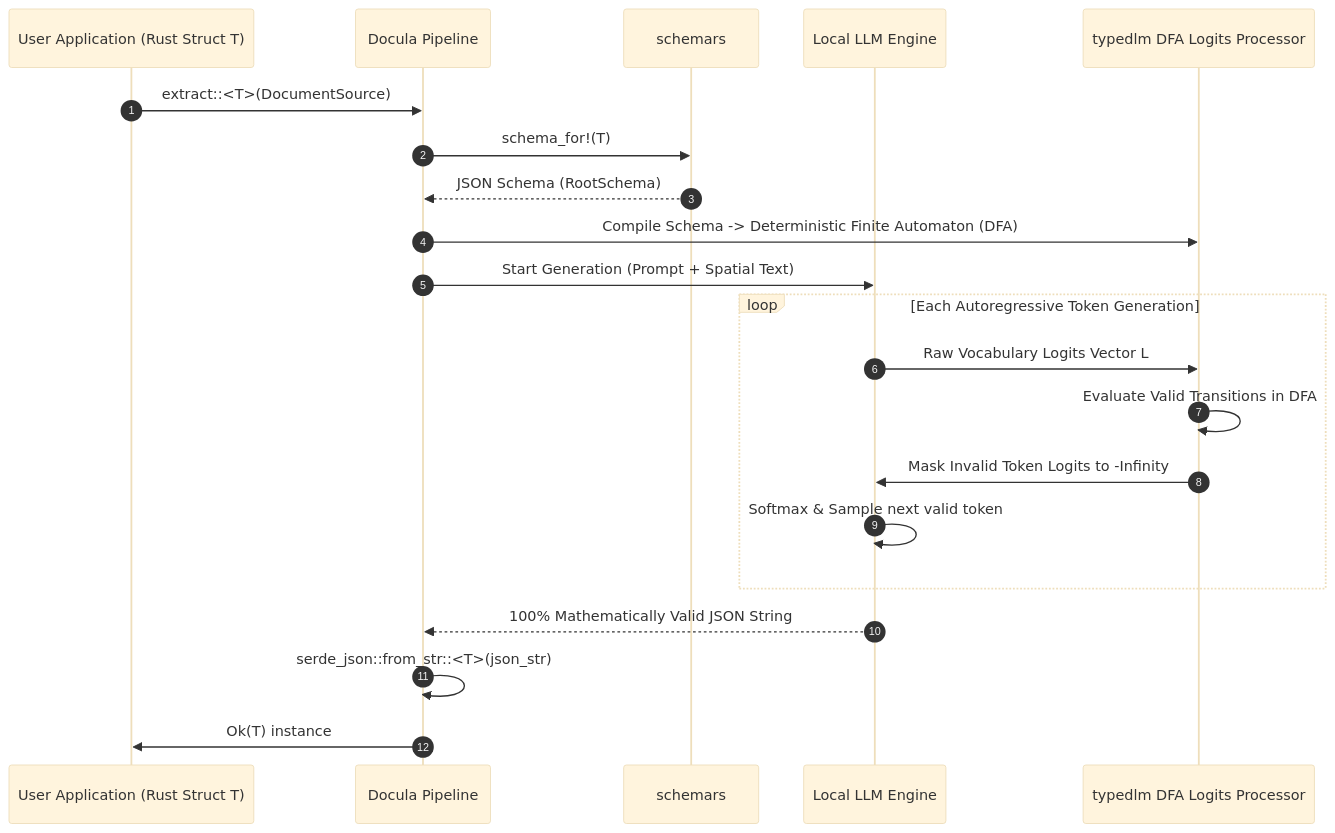
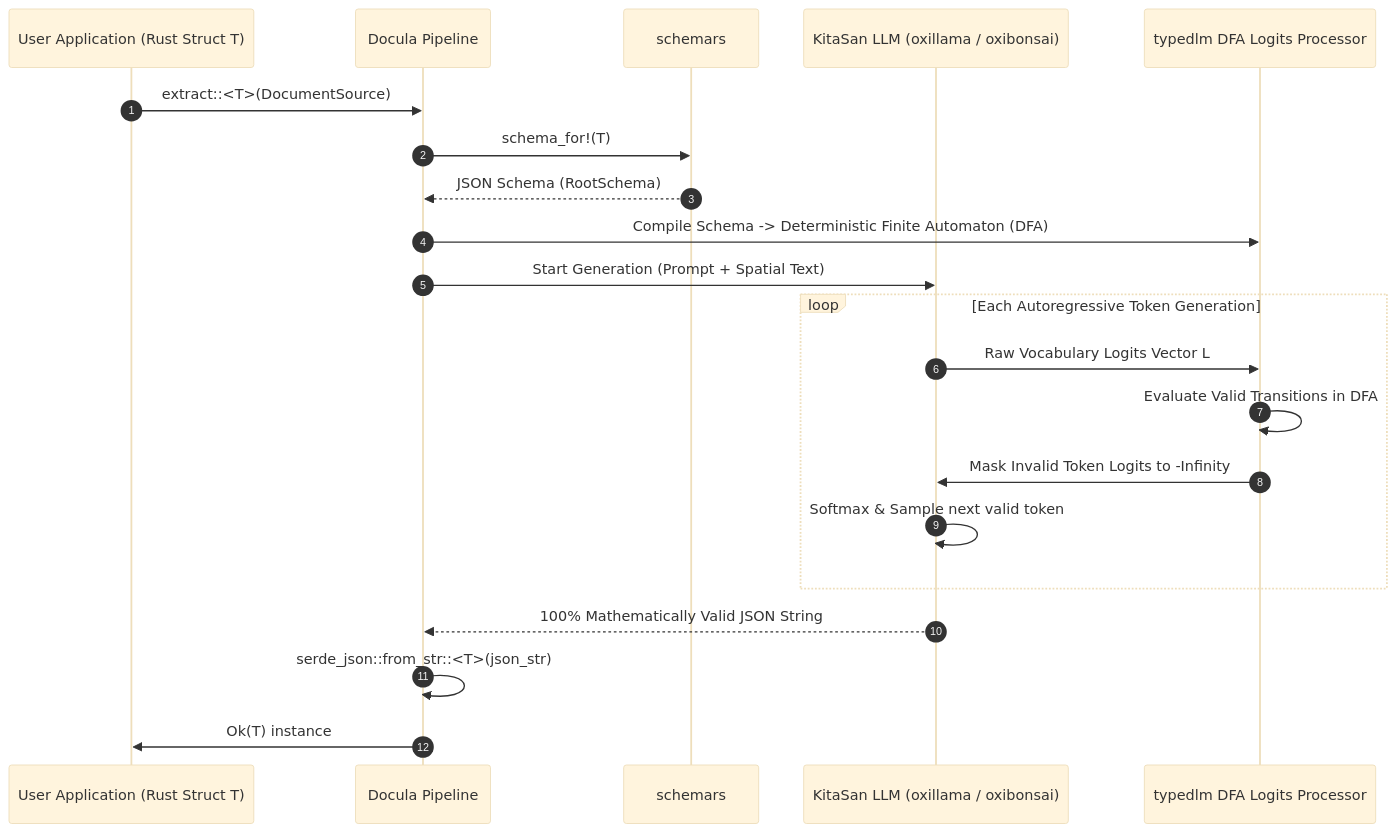
The diagram in docs/07_STRUCTURED_EXTRACTION_AND_CONSTRAINED_DECODING.md (yasuomaidana/docula), drawn with Mermaid (base theme) before and after one commit. The commit also changed other lines of this file and 12 other files, not shown here.

````diff
--- a/docs/07_STRUCTURED_EXTRACTION_AND_CONSTRAINED_DECODING.md
+++ b/docs/07_STRUCTURED_EXTRACTION_AND_CONSTRAINED_DECODING.md
@@ -9,26 +9,26 @@
 ```mermaid
 sequenceDiagram
     autonumber
     participant UserApp as User Application (Rust Struct T)
     participant Engine as Docula Pipeline
     participant SchemaEngine as schemars
-    participant LLM as Local LLM Engine
+    participant LLM as KitaSan LLM (oxillama / oxibonsai)
     participant LogitsProc as typedlm DFA Logits Processor
 
     UserApp->>Engine: extract::<T>(DocumentSource)
     Engine->>SchemaEngine: schema_for!(T)
     SchemaEngine-->>Engine: JSON Schema (RootSchema)
     Engine->>LogitsProc: Compile Schema -> Deterministic Finite Automaton (DFA)
     Engine->>LLM: Start Generation (Prompt + Spatial Text)
     
     loop Each Autoregressive Token Generation
         LLM->>LogitsProc: Raw Vocabulary Logits Vector L
         LogitsProc->>LogitsProc: Evaluate Valid Transitions in DFA
         LogitsProc->>LLM: Mask Invalid Token Logits to -Infinity
         LLM->>LLM: Softmax & Sample next valid token
     end
     
     LLM-->>Engine: 100% Mathematically Valid JSON String
     Engine->>Engine: serde_json::from_str::<T>(json_str)
     Engine->>UserApp: Ok(T) instance
 ```
````
